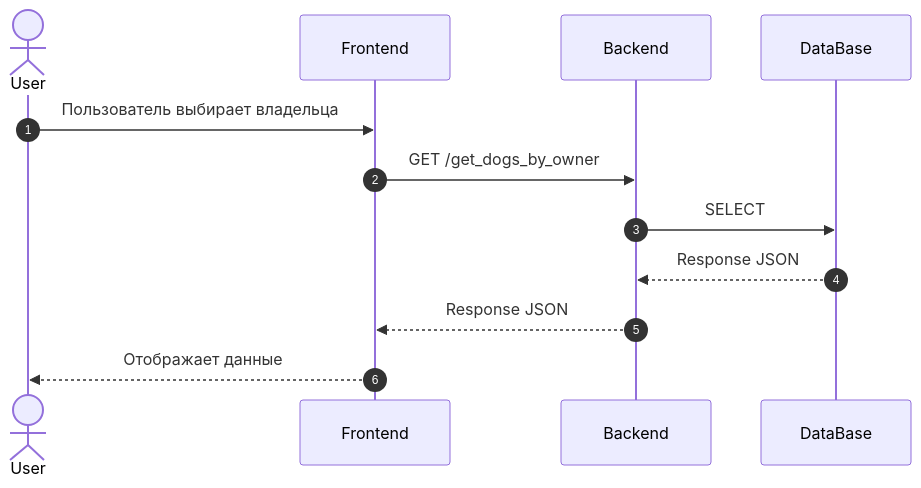
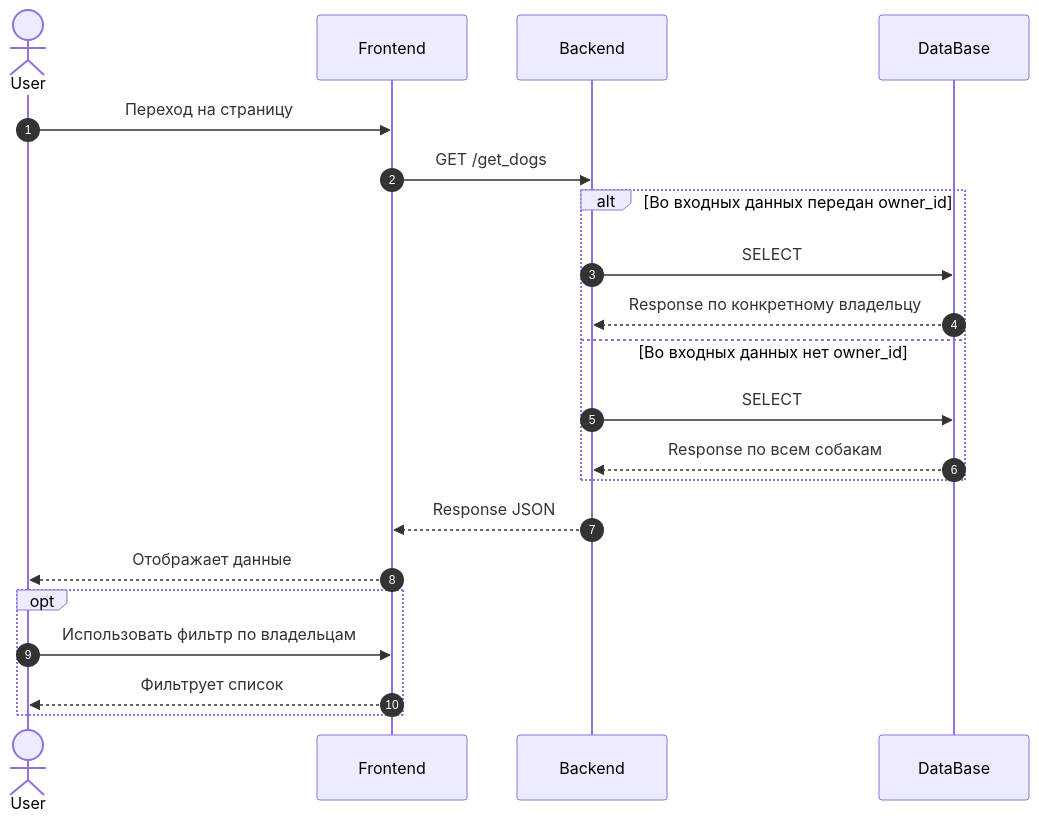
The diagram in Vet.md (glee921/VetClinic), drawn with Mermaid before and after one commit. The commit also changed other lines of this file, not shown here.

```diff
--- a/Vet.md
+++ b/Vet.md
@@ -20,16 +18,24 @@
 {{< mermaid >}} 
-sequenceDiagram 
-    
+sequenceDiagram    
     autonumber
     actor User
     participant Frontend
     participant Backend
     participant DataBase
-    User ->> Frontend: Пользователь выбирает владельца
-    Frontend ->> Backend: GET /get_dogs_by_owner
+    User ->> Frontend: Переход на страницу
+    Frontend ->> Backend: GET /get_dogs
+    alt Во входных данных передан owner_id
     Backend ->> DataBase: SELECT
-    DataBase -->> Backend: Response JSON
+    DataBase -->> Backend: Response по конкретному владельцу
+    else Во входных данных нет owner_id
+    Backend ->> DataBase: SELECT
+    DataBase -->> Backend: Response по всем собакам
+    end
     Backend -->> Frontend: Response JSON
     Frontend -->> User: Отображает данные
+    opt 
+    User ->> Frontend: Использовать фильтр по владельцам
+    Frontend -->> User: Фильтрует список
+    end
     
 {{< /mermaid >}} 
```
